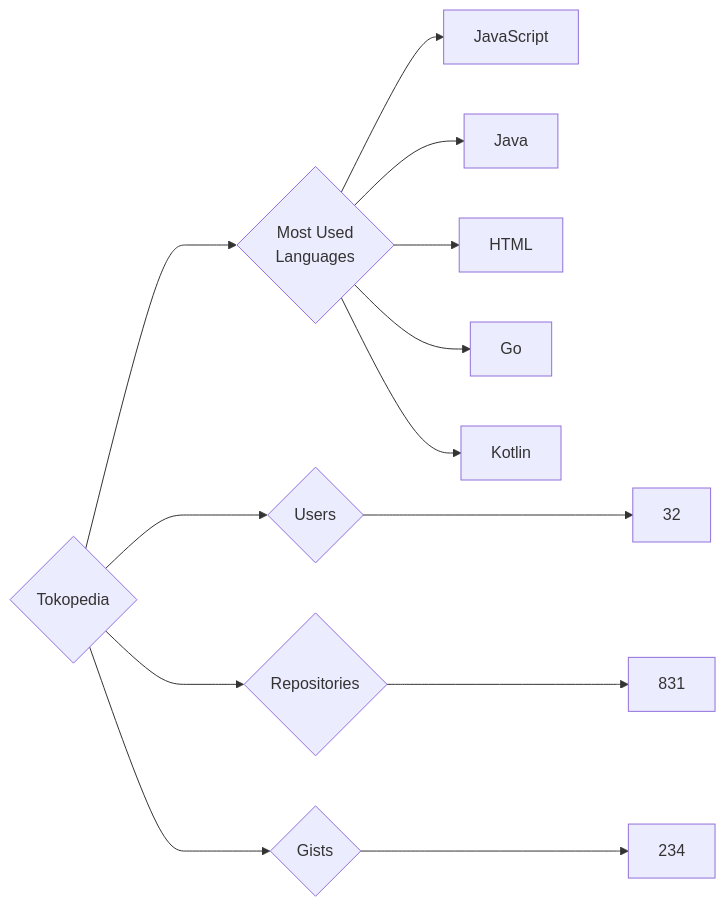
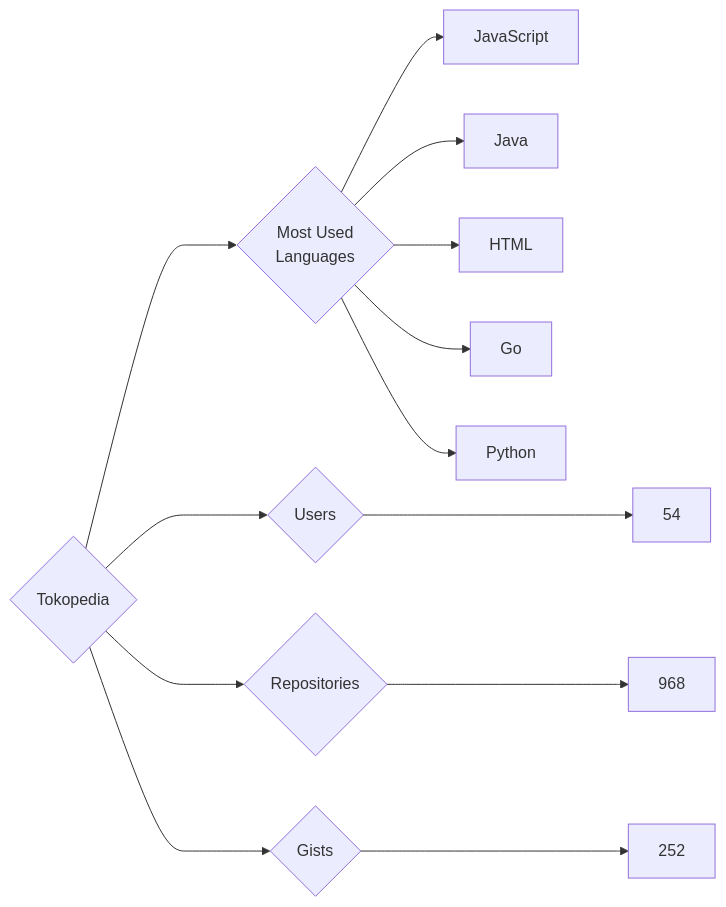
Before and after one commit to trickest/insiders: the diagram in targets/Tokopedia/README.md, drawn with Mermaid. The commit also changed 871 other files, not shown here.

````diff
--- a/targets/Tokopedia/README.md
+++ b/targets/Tokopedia/README.md
@@ -3,13 +3,13 @@
 ```mermaid
 graph LR
 COMPANY_NAME{Tokopedia}
-COMPANY_NAME ---> U{Users} ---> UN[32]
-COMPANY_NAME ---> R{Repositories} ---> RN[831]
-COMPANY_NAME ---> G{Gists} ---> GN[234]
+COMPANY_NAME ---> U{Users} ---> UN[54]
+COMPANY_NAME ---> R{Repositories} ---> RN[968]
+COMPANY_NAME ---> G{Gists} ---> GN[252]
 COMPANY_NAME ---> ML{Most Used<br>Languages}
 ML --> JavaScript[JavaScript]
 ML --> Java[Java]
 ML --> HTML[HTML]
 ML --> Go[Go]
-ML --> Kotlin[Kotlin]
+ML --> Python[Python]
 ```
````
